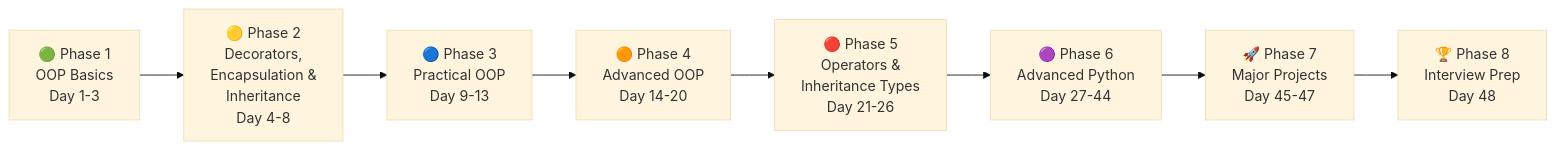
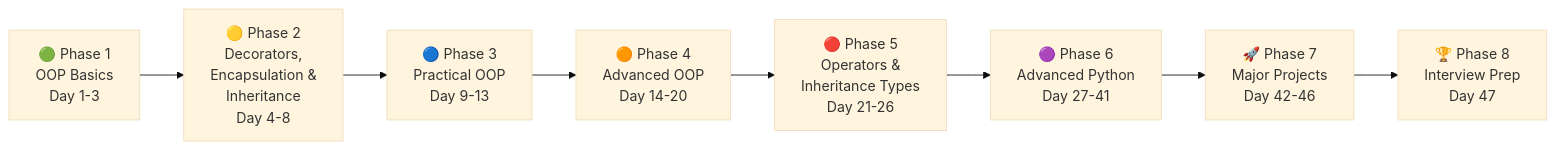
Before and after one commit to sudhanshudhande19/python-oop-practice: the diagram in README.md, drawn with Mermaid (base theme). The commit also changed other lines of this file, not shown here.

Commit message:
Day 01: Classes and Objects practice

````diff
--- a/README.md
+++ b/README.md
@@ -53,10 +53,10 @@
 ```mermaid
 flowchart LR
     A["🟢 Phase 1<br/>OOP Basics<br/>Day 1-3"] --> B["🟡 Phase 2<br/>Decorators,<br/>Encapsulation &<br/>Inheritance<br/>Day 4-8"]
     B --> C["🔵 Phase 3<br/>Practical OOP<br/>Day 9-13"]
     C --> D["🟠 Phase 4<br/>Advanced OOP<br/>Day 14-20"]
     D --> E["🔴 Phase 5<br/>Operators &<br/>Inheritance Types<br/>Day 21-26"]
-    E --> F["🟣 Phase 6<br/>Advanced Python<br/>Day 27-44"]
-    F --> G["🚀 Phase 7<br/>Major Projects<br/>Day 45-47"]
-    G --> H["🏆 Phase 8<br/>Interview Prep<br/>Day 48"]
+    E --> F["🟣 Phase 6<br/>Advanced Python<br/>Day 27-41"]
+    F --> G["🚀 Phase 7<br/>Major Projects<br/>Day 42-46"]
+    G --> H["🏆 Phase 8<br/>Interview Prep<br/>Day 47"]
 ```
````
